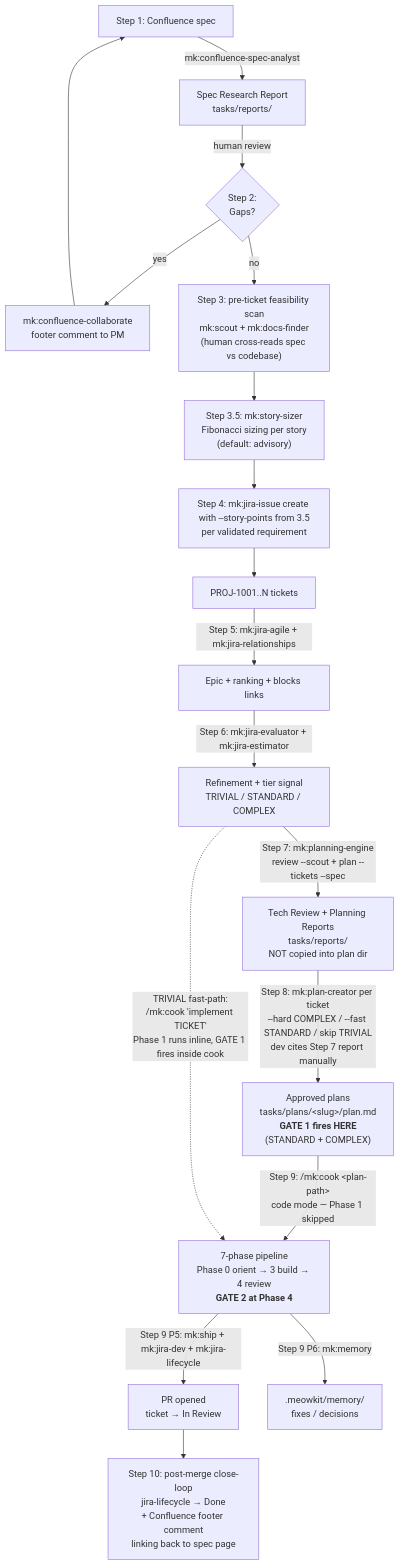
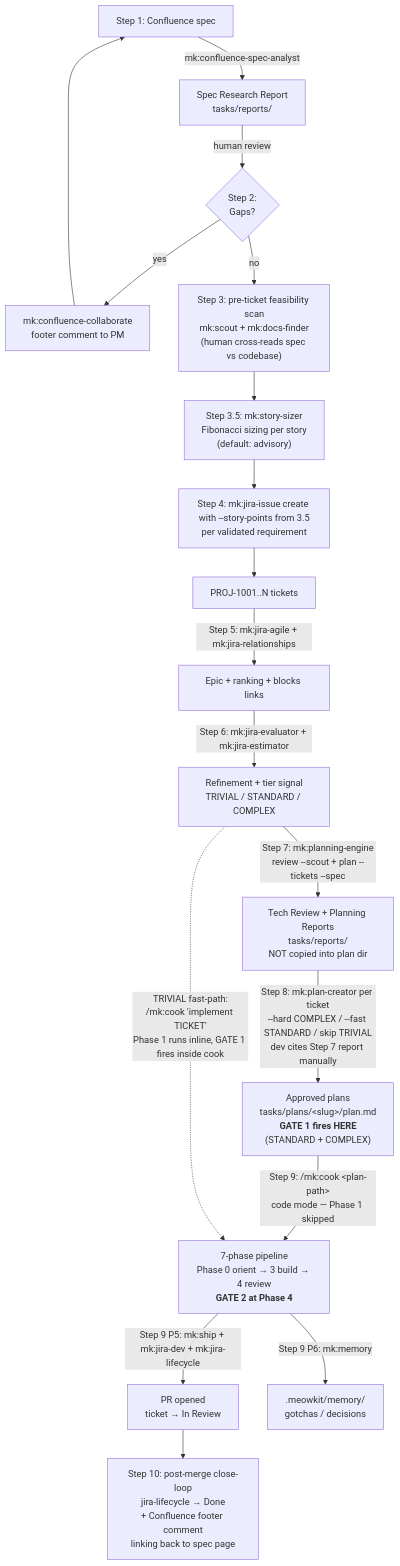
The first of 2 diagrams in packages/docs/content/docs/workflows/spec-to-pr-walkthrough/index.mdx (ngocsangyem/MeowKit), drawn with Mermaid before and after one commit. The commit also changed other lines of this file and 635 other files, not shown here.

````diff
--- a/packages/docs/content/docs/workflows/spec-to-pr-walkthrough/index.mdx
+++ b/packages/docs/content/docs/workflows/spec-to-pr-walkthrough/index.mdx
@@ -42,20 +42,20 @@
 ```mermaid
 flowchart TD
     A[Step 1: Confluence spec] -->|mk:confluence-spec-analyst| B["Spec Research Report<br/>tasks/reports/"]
     B -->|human review| C{Step 2:<br/>Gaps?}
     C -->|yes| D[mk:confluence-collaborate<br/>footer comment to PM]
     D --> A
     C -->|no| S["Step 3: pre-ticket feasibility scan<br/>mk:scout + mk:docs-finder<br/>(human cross-reads spec vs codebase)"]
     S --> Z["Step 3.5: mk:story-sizer<br/>Fibonacci sizing per story<br/>(default: advisory)"]
     Z --> E[Step 4: mk:jira-issue create with --story-points from 3.5<br/>per validated requirement]
     E --> F["PROJ-1001..N tickets"]
     F -->|Step 5: mk:jira-agile + mk:jira-relationships| G[Epic + ranking + blocks links]
     G -->|Step 6: mk:jira-evaluator + mk:jira-estimator| H["Refinement + tier signal<br/>TRIVIAL / STANDARD / COMPLEX"]
     H -->|Step 7: mk:planning-engine<br/>review --scout + plan --tickets --spec| I["Tech Review + Planning Reports<br/>tasks/reports/<br/>NOT copied into plan dir"]
     I -->|Step 8: mk:plan-creator per ticket<br/>--hard COMPLEX / --fast STANDARD / skip TRIVIAL<br/>dev cites Step 7 report manually| P["Approved plans<br/>tasks/plans/&lt;slug&gt;/plan.md<br/><b>GATE 1 fires HERE</b><br/>(STANDARD + COMPLEX)"]
     P -->|Step 9: /mk:cook &lt;plan-path&gt;<br/>code mode — Phase 1 skipped| J["7-phase pipeline<br/>Phase 0 orient → 3 build → 4 review<br/><b>GATE 2 at Phase 4</b>"]
     H -.->|TRIVIAL fast-path:<br/>/mk:cook 'implement TICKET'<br/>Phase 1 runs inline, GATE 1 fires inside cook| J
     J -->|Step 9 P5: mk:ship + mk:jira-dev + mk:jira-lifecycle| K[PR opened<br/>ticket → In Review]
-    J -->|Step 9 P6: mk:memory| L[".meowkit/memory/<br/>fixes / decisions"]
+    J -->|Step 9 P6: mk:memory| L[".meowkit/memory/<br/>gotchas / decisions"]
     K --> M["Step 10: post-merge close-loop<br/>jira-lifecycle → Done<br/>+ Confluence footer comment<br/>linking back to spec page"]
 ```
````
